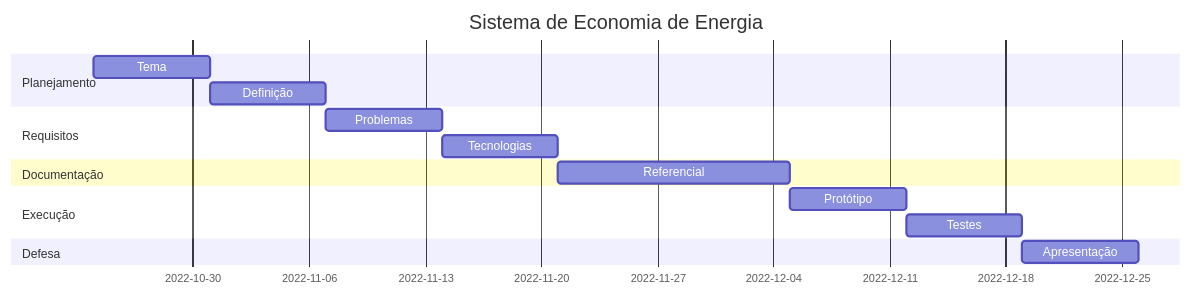
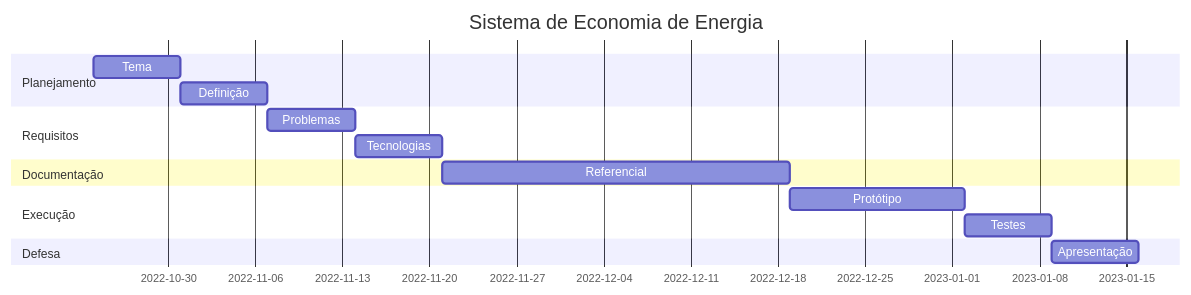
One commit to marcilio-freitas27/projeto-integrador-gantt changed the diagram in gantt.md. Above: the diagram before and after it, drawn with Mermaid. The commit also changed other lines of this file, not shown here.

Commit message:
Atualizando datas, seções e tarefas 2

````diff
--- a/gantt.md
+++ b/gantt.md
@@ -5,23 +5,23 @@
 ```mermaid
 gantt
     title Sistema de Economia de Energia
     dateFormat  YYYY-MM-DD
 
     section Planejamento
     Tema                :a1, 2022-10-24, 7d
     Definição           :a2, after a1, 7d
 
     section Requisitos
     Problemas           :b1, after a2  , 7d
     Tecnologias         :b2, after b1  ,7d
 
     section Documentação
-    Referencial         :c1, after b2, 14d
+    Referencial         :c1, after b2, 28d
 
     section Execução
-    Protótipo           :d1, after c1, 7d
+    Protótipo           :d1, after c1, 14d
     Testes              :d2, after d1, 7d
 
     section Defesa
     Apresentação        :e1, after d2, 7d
 ```
````
